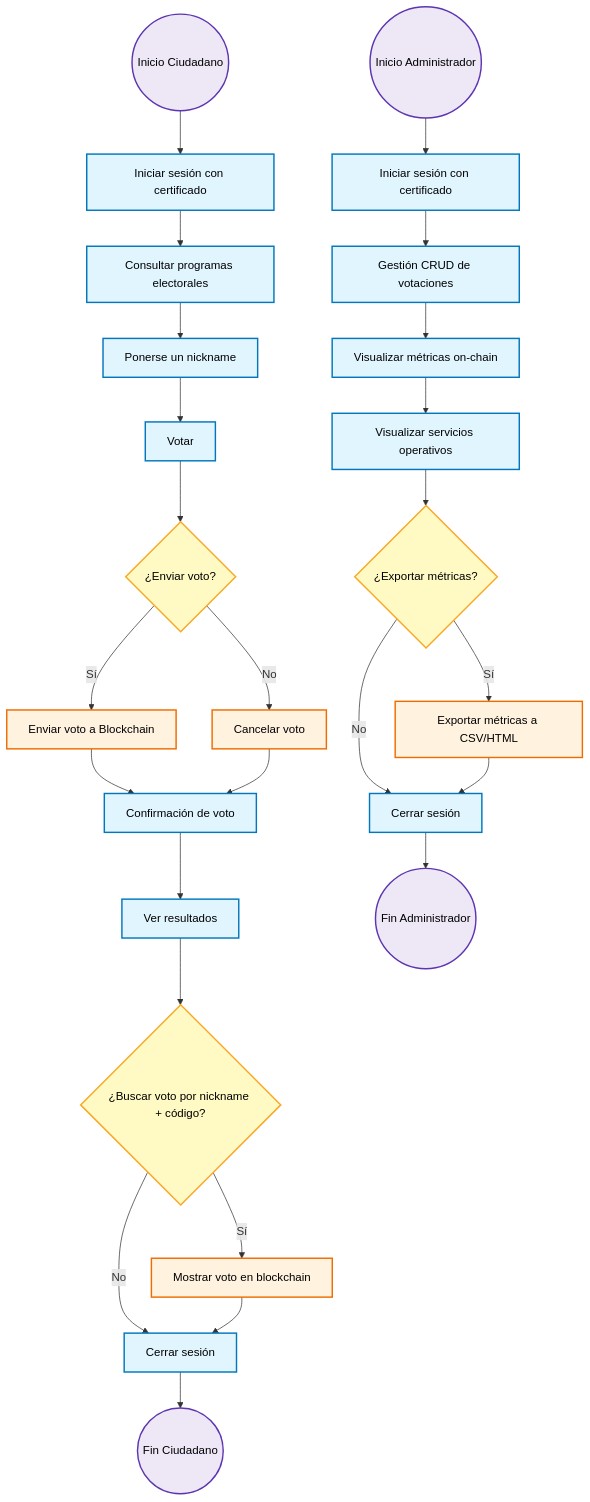
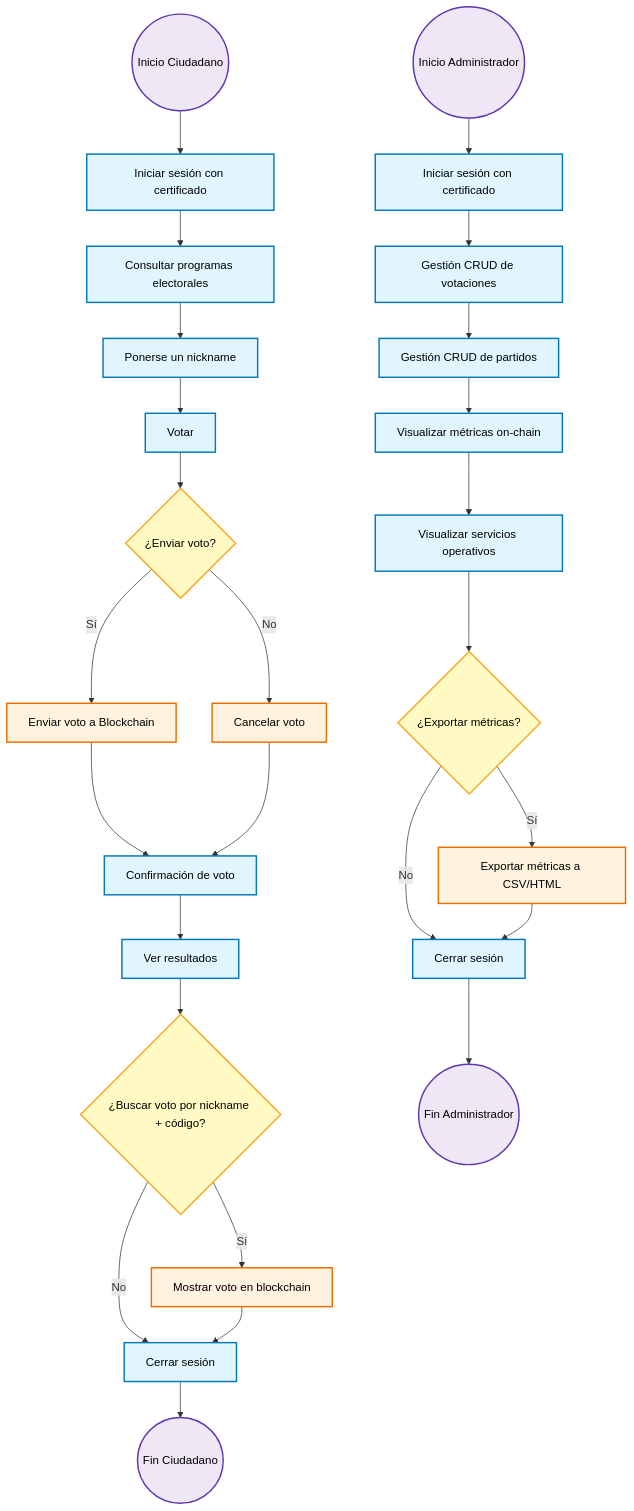
The first of 3 diagrams in docs/Diagrama_Flujo.md (OnyxVariables/AGORA), drawn with Mermaid before and after one commit. The commit also changed other lines of this file and 10 other files, not shown here.

````diff
--- a/docs/Diagrama_Flujo.md
+++ b/docs/Diagrama_Flujo.md
@@ -29,44 +29,45 @@
 ```mermaid
 flowchart TB
     %% Estilos
     classDef inicioFin fill:#ede7f6,stroke:#5e35b1,stroke-width:2px,color:#000
     classDef proceso fill:#e1f5fe,stroke:#0277bd,stroke-width:2px,color:#000
     classDef decision fill:#fff9c4,stroke:#f9a825,stroke-width:2px,color:#000
     classDef extendido fill:#fff3e0,stroke:#ef6c00,stroke-width:2px,color:#000
 
     %% Flujo Ciudadano
     InicioC((Inicio Ciudadano)):::inicioFin
 
     InicioC --> LoginC[Iniciar sesión con certificado]:::proceso
     LoginC --> ProgramasC[Consultar programas electorales]:::proceso
     ProgramasC --> NicknameC[Ponerse un nickname]:::proceso
     NicknameC --> VotarC[Votar]:::proceso
 
     VotarC --> DecisionV{¿Enviar voto?}:::decision
     DecisionV -->|Sí| EnviarC[Enviar voto a Blockchain]:::extendido
     DecisionV -->|No| CancelarC[Cancelar voto]:::extendido
 
     EnviarC --> FinVotoC[Confirmación de voto]:::proceso
     CancelarC --> FinVotoC
     FinVotoC --> ResultadosC[Ver resultados]:::proceso
 
     ResultadosC --> BuscarC{¿Buscar voto por nickname + código?}:::decision
     BuscarC -->|Sí| BuscarV[Mostrar voto en blockchain]:::extendido
     BuscarC -->|No| SalirC[Cerrar sesión]:::proceso
     BuscarV --> SalirC
     SalirC --> FinC((Fin Ciudadano)):::inicioFin
 
     %% Flujo Administrador
     InicioA((Inicio Administrador)):::inicioFin
 
     InicioA --> LoginA[Iniciar sesión con certificado]:::proceso
     LoginA --> CRUDA[Gestión CRUD de votaciones]:::proceso
-    CRUDA --> MetricA[Visualizar métricas on-chain]:::proceso
+    CRUDA --> CRUDPartiesA[Gestión CRUD de partidos]:::proceso
+    CRUDPartiesA --> MetricA[Visualizar métricas on-chain]:::proceso
     MetricA --> MonitorA[Visualizar servicios operativos]:::proceso
 
     MonitorA --> DecisionExp{¿Exportar métricas?}:::decision
     DecisionExp -->|Sí| ExportA[Exportar métricas a CSV/HTML]:::extendido
     DecisionExp -->|No| SalirA[Cerrar sesión]:::proceso
     ExportA --> SalirA
     SalirA --> FinA((Fin Administrador)):::inicioFin
 ```
````
